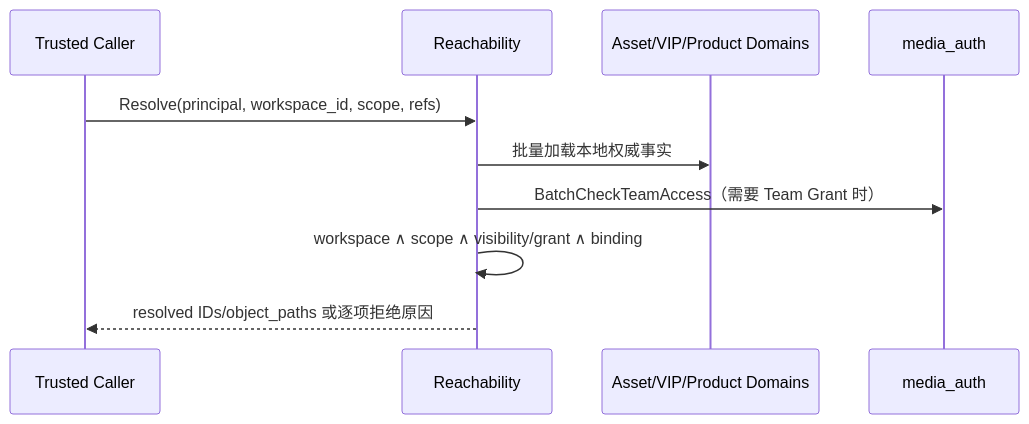
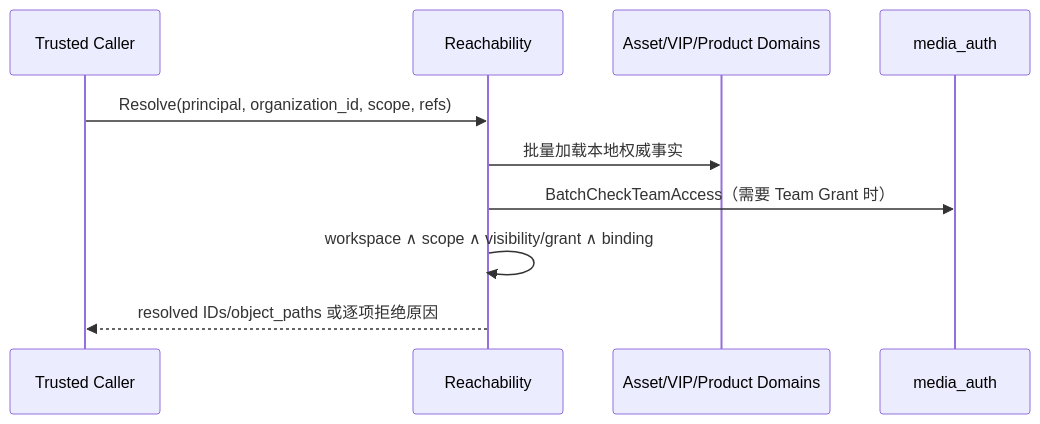
Before and after one commit to hotttao/media_agent: the diagram in docs/ddd/media_materials/workflow/0001-reachability/reachability.md, drawn with Mermaid. The commit also changed other lines of this file and 12 other files, not shown here.

Commit message:
docs: share materials at organization scope

````diff
--- a/docs/ddd/media_materials/workflow/0001-reachability/reachability.md
+++ b/docs/ddd/media_materials/workflow/0001-reachability/reachability.md
@@ -31,12 +31,12 @@
 ```mermaid
 sequenceDiagram
     participant C as Trusted Caller
     participant R as Reachability
     participant D as Asset/VIP/Product Domains
     participant A as media_auth
-    C->>R: Resolve(principal, workspace_id, scope, refs)
+    C->>R: Resolve(principal, organization_id, scope, refs)
     R->>D: 批量加载本地权威事实
     R->>A: BatchCheckTeamAccess（需要 Team Grant 时）
     R->>R: workspace ∧ scope ∧ visibility/grant ∧ binding
     R-->>C: resolved IDs/object_paths 或逐项拒绝原因
 ```
````
